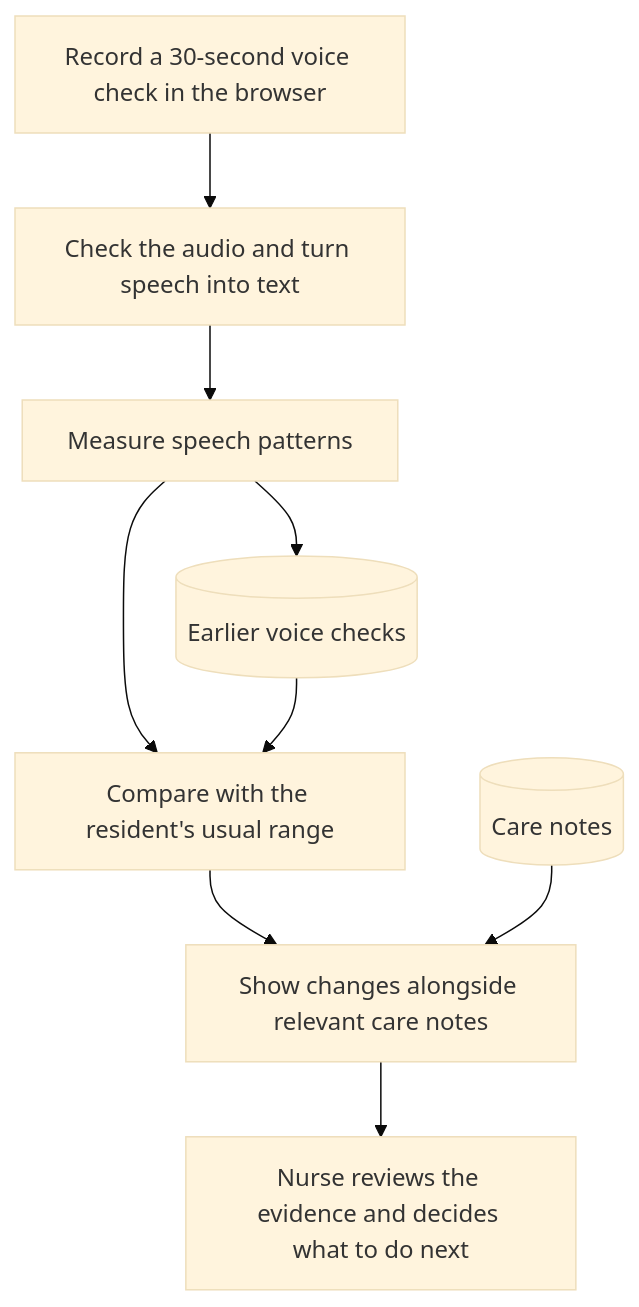
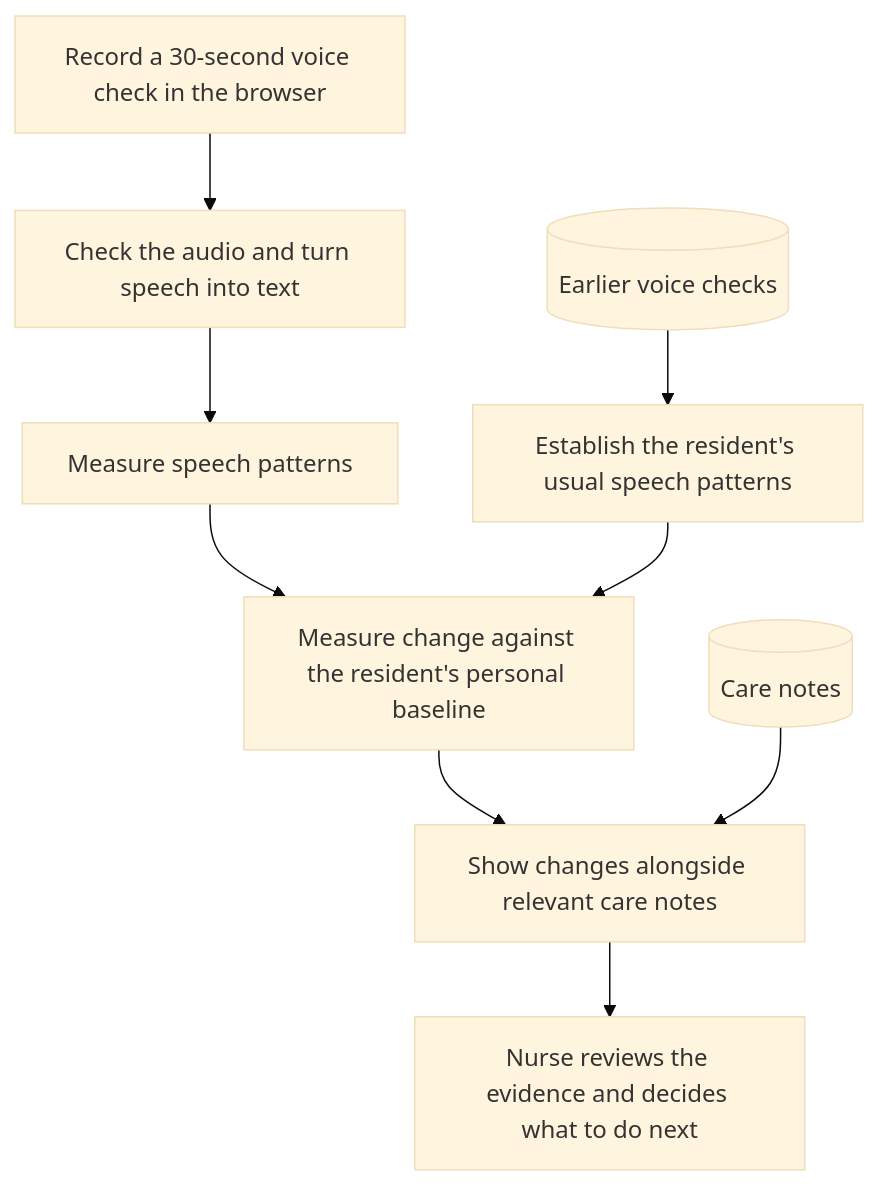
One commit to ruandee/baseline changed the diagram in docs/submission/devpost.md. Above: the diagram before and after it, drawn with Mermaid (base theme). The commit also changed other lines of this file, not shown here.

Commit message:
BL-23: emphasize change measured against a personal baseline

````diff
--- a/docs/submission/devpost.md
+++ b/docs/submission/devpost.md
@@ -49,11 +49,11 @@
 ```mermaid
 flowchart TD
     A["Record a 30-second voice check in the browser"] --> B["Check the audio and turn speech into text"]
     B --> C["Measure speech patterns"]
-    C --> D["Compare with the resident's usual range"]
-    H[("Earlier voice checks")] --> D
-    C --> H
+    C --> D["Measure change against the resident's personal baseline"]
+    H[("Earlier voice checks")] --> P["Establish the resident's usual speech patterns"]
+    P --> D
     D --> E["Show changes alongside relevant care notes"]
     N[("Care notes")] --> E
     E --> F["Nurse reviews the evidence and decides what to do next"]
 ```
````
